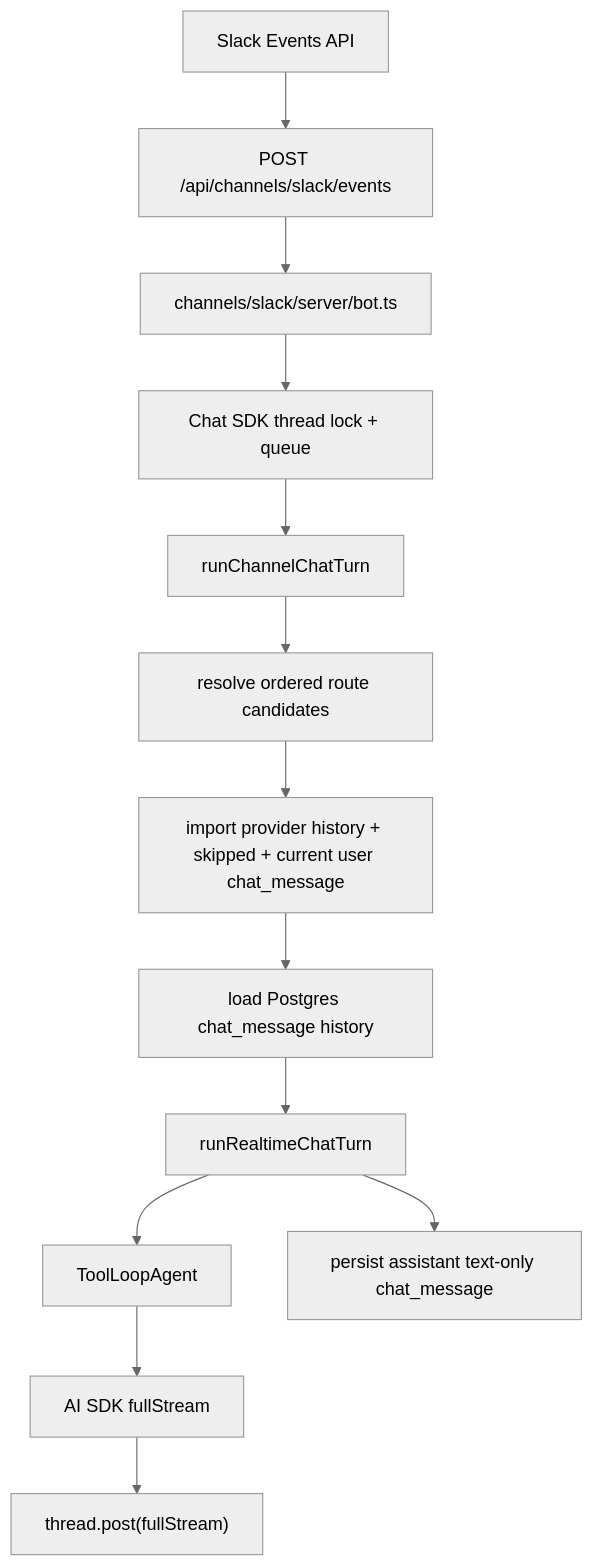
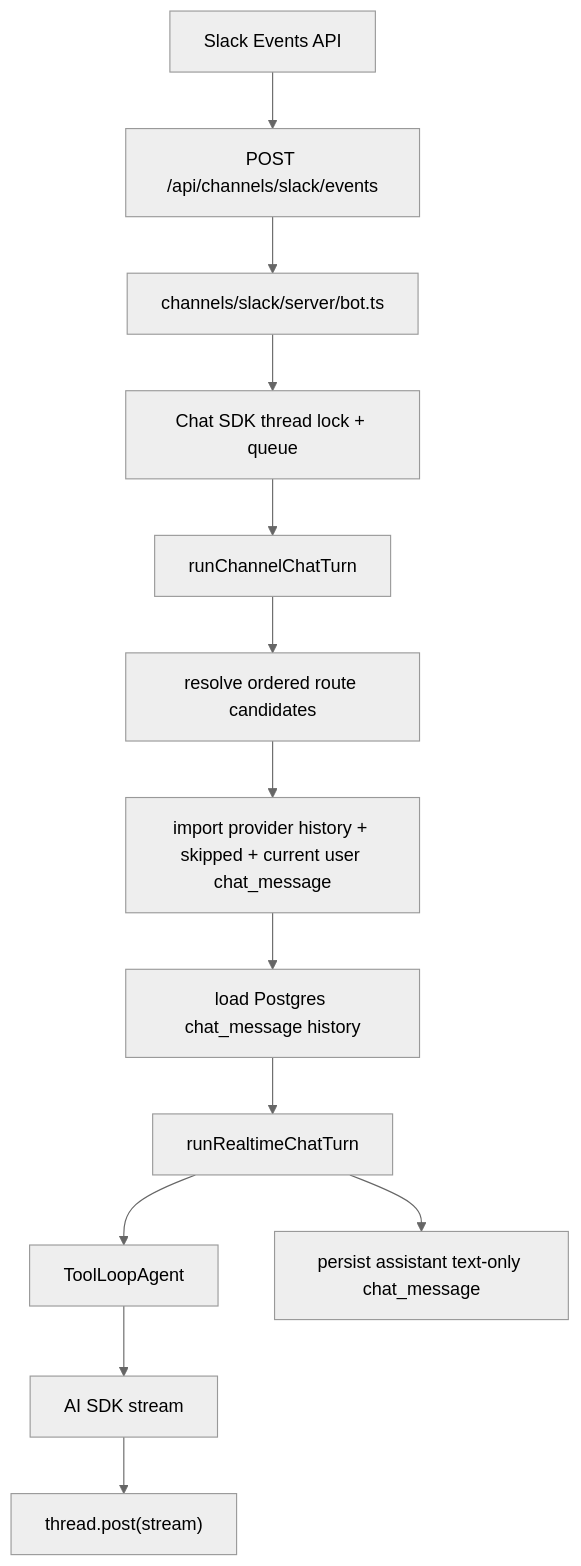
Before and after one commit to TommyBez/outname: the diagram in docs/SLACK_INTEGRATION.md, drawn with Mermaid (neutral theme). The commit also changed other lines of this file and 50 other files, not shown here.

````diff
--- a/docs/SLACK_INTEGRATION.md
+++ b/docs/SLACK_INTEGRATION.md
@@ -10,15 +10,15 @@
 ```mermaid
 flowchart TD
   Slack[Slack Events API] --> Route["POST /api/channels/slack/events"]
   Route --> Bot["channels/slack/server/bot.ts"]
   Bot --> ChatSDK["Chat SDK thread lock + queue"]
   ChatSDK --> Dispatch["runChannelChatTurn"]
   Dispatch --> Routing["resolve ordered route candidates"]
   Routing --> Messages["import provider history + skipped + current user chat_message"]
   Messages --> Canonical["load Postgres chat_message history"]
   Canonical --> Runner["runRealtimeChatTurn"]
   Runner --> Agent["ToolLoopAgent"]
-  Agent --> Stream["AI SDK fullStream"]
-  Stream --> Thread["thread.post(fullStream)"]
+  Agent --> Stream["AI SDK stream"]
+  Stream --> Thread["thread.post(stream)"]
   Runner --> Persist["persist assistant text-only chat_message"]
 ```
````
